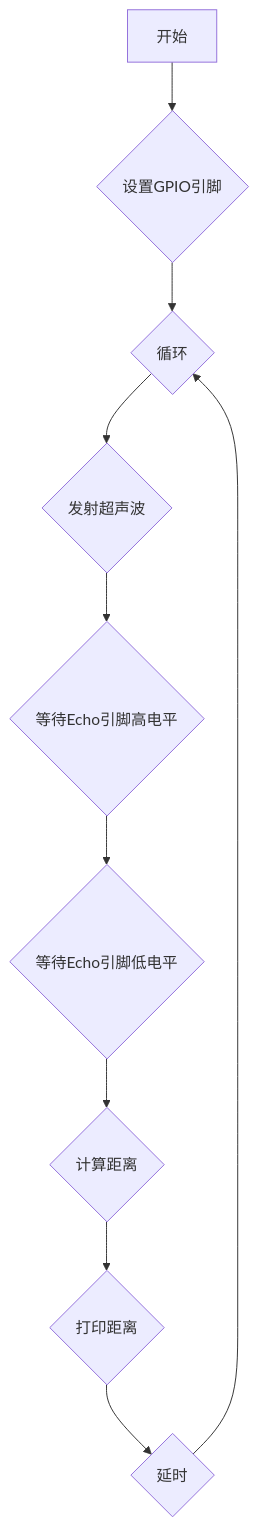
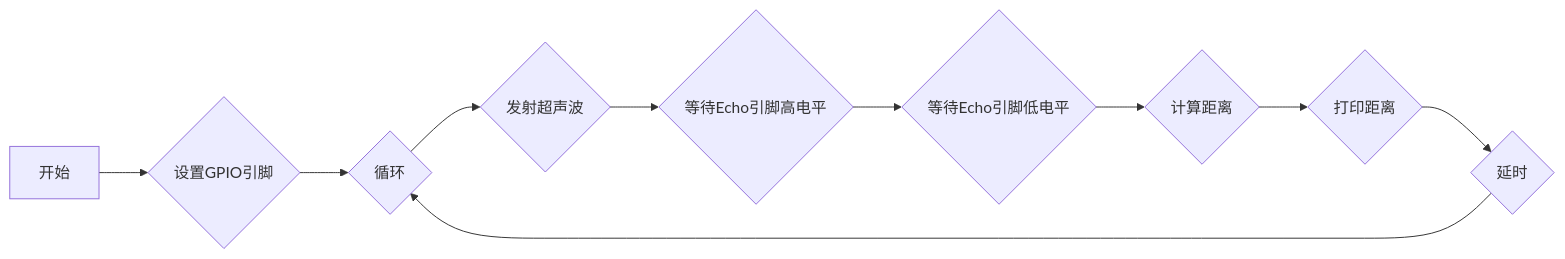
The diagram in docs/lab6.md (sergiudm/ee351-lab-reports), drawn with Mermaid before and after one commit. The commit also changed 1 other file, not shown here.

Commit message:
Update flowchart direction in lab3.md and lab6.md from TD to LR

````diff
--- a/docs/lab6.md
+++ b/docs/lab6.md
@@ -41,12 +41,12 @@
 ```mermaid
-flowchart TD
+flowchart LR
     A[开始] --> B{设置GPIO引脚}
     B --> C{循环}
     C --> D{发射超声波}
     D --> E{等待Echo引脚高电平}
     E --> F{等待Echo引脚低电平}
     F --> G{计算距离}
     G --> H{打印距离}
     H --> I{延时}
     I --> C
 ```
````
